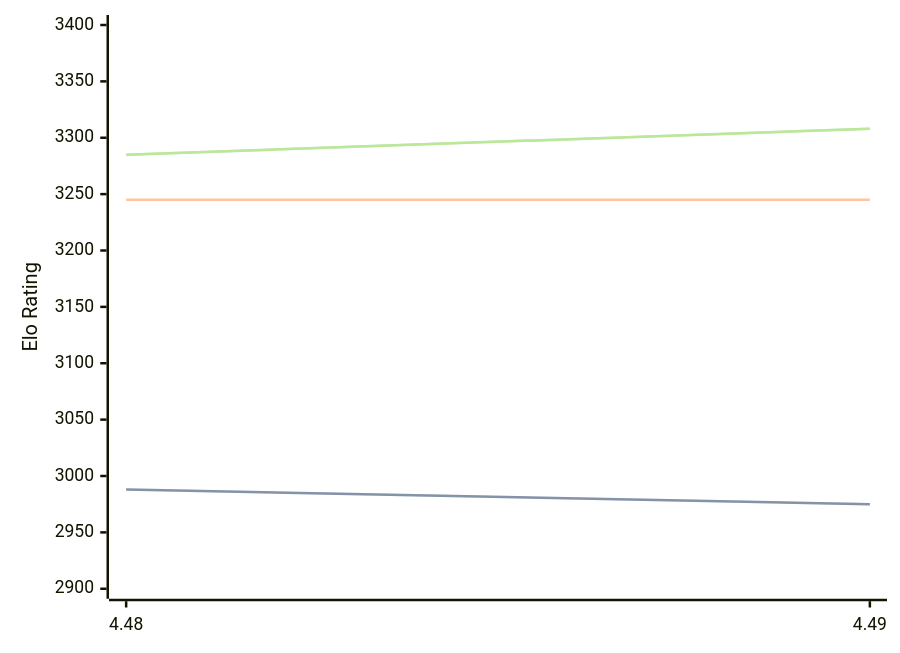
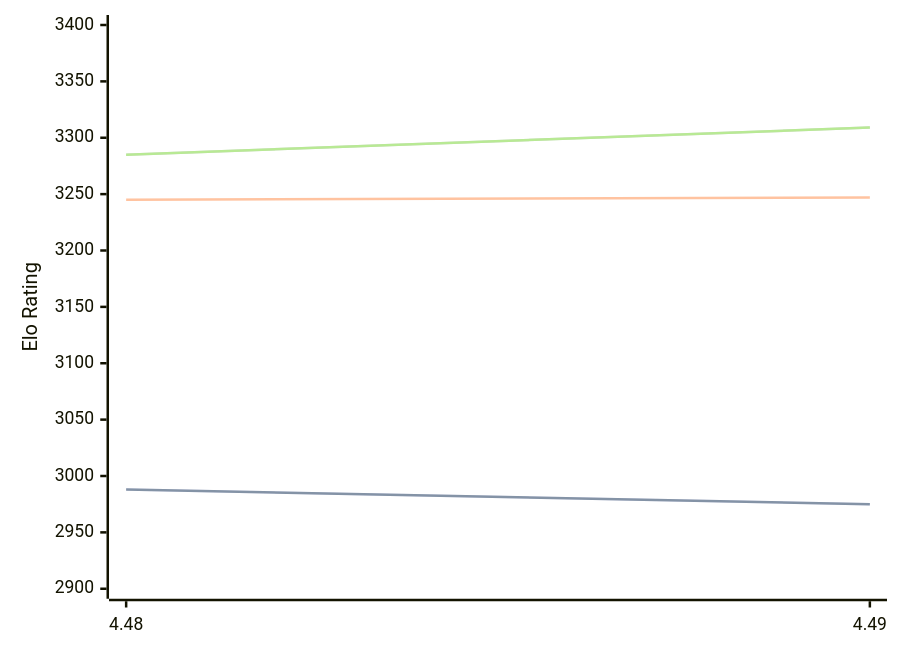
Before and after one commit to computer-chess-index/cci: the diagram in engines/Cheng4.md, drawn with Mermaid. The commit also changed other lines of this file, not shown here.

Commit message:
Update CCI Ratings (ELO VLTC) - 2026-10-08

````diff
--- a/engines/Cheng4.md
+++ b/engines/Cheng4.md
@@ -32,11 +32,11 @@
 ```mermaid
 %%{init: {"theme":"base","themeVariables":{"seriesColors:['#a3a3a3','#222221','#faa371']}}}%%
 xychart-beta
   x-axis ["4.48", "4.49"]
   y-axis "Elo Rating" 2900 --> 3400
   line "" [2988, 2975]
   line "STC (8.0+0.08s)" [2988, 2975]
-  line "LTC (60.0+0.60s)" [3245, 3245]
-  line "" [3285, 3308]
-  line "VLTC (2m24s+1.12s)" [3285, 3308]
+  line "LTC (60.0+0.60s)" [3245, 3247]
+  line "" [3285, 3309]
+  line "VLTC (2m24s+1.12s)" [3285, 3309]
 ```
````
